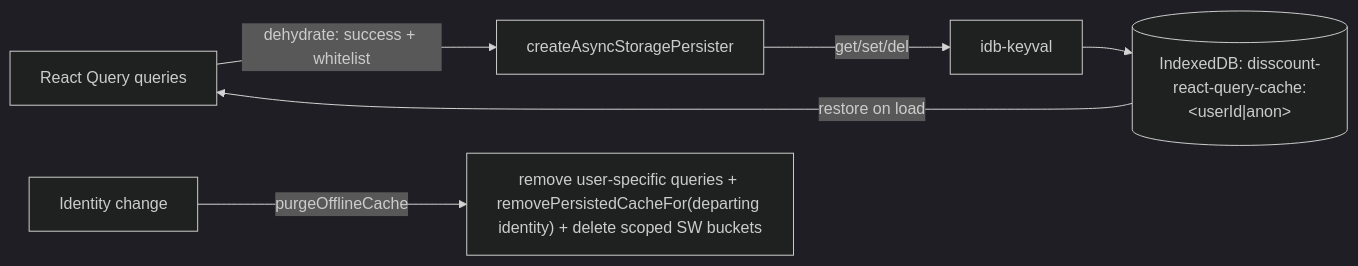
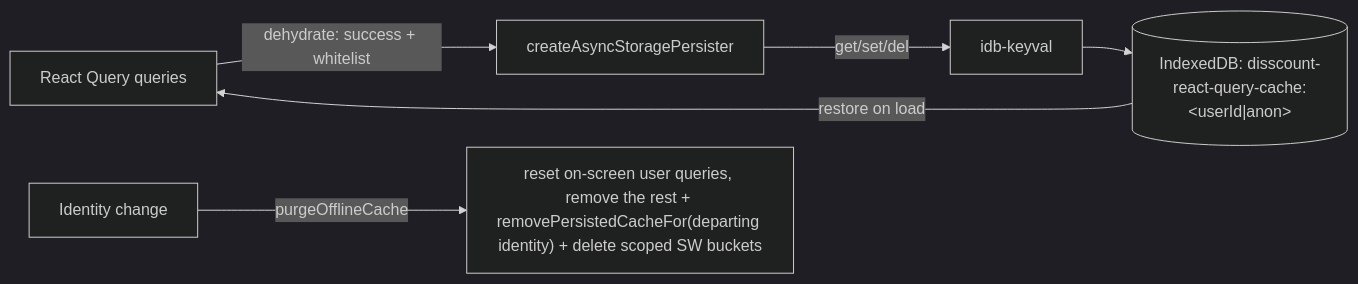
Before and after one commit to OffCrazyFreak/Disscount: the third of 4 diagrams in docs/PWA.md, drawn with Mermaid (dark theme). The commit also changed other lines of this file, not shown here.

First line of the commit message:
docs(pwa): Describe the purge resetting on-screen queries

````diff
--- a/docs/PWA.md
+++ b/docs/PWA.md
@@ -269,8 +269,8 @@
 ```mermaid
 flowchart LR
     Q["React Query queries"] -->|"dehydrate: success + whitelist"| P["createAsyncStoragePersister"]
     P -->|get/set/del| K["idb-keyval"]
     K --> IDB[("IndexedDB: disscount-react-query-cache:&lt;userId|anon&gt;")]
     IDB -->|restore on load| Q
-    Logout["Identity change"] -->|purgeOfflineCache| Clear["remove user-specific queries + removePersistedCacheFor(departing identity) + delete scoped SW buckets"]
+    Logout["Identity change"] -->|purgeOfflineCache| Clear["reset on-screen user queries, remove the rest + removePersistedCacheFor(departing identity) + delete scoped SW buckets"]
 ```
````
